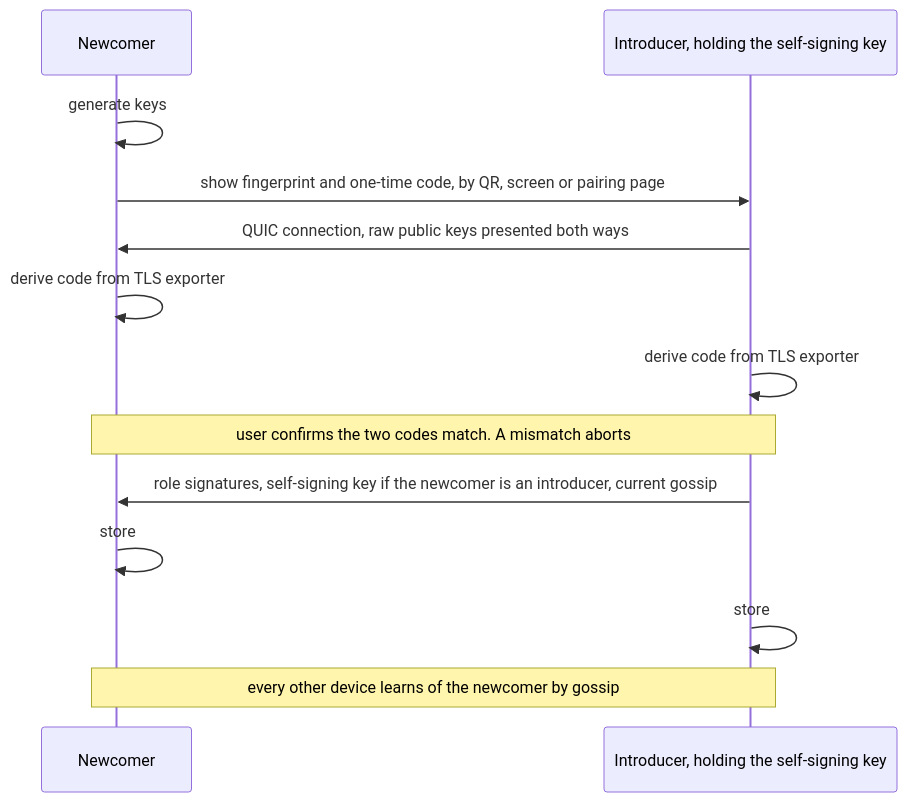
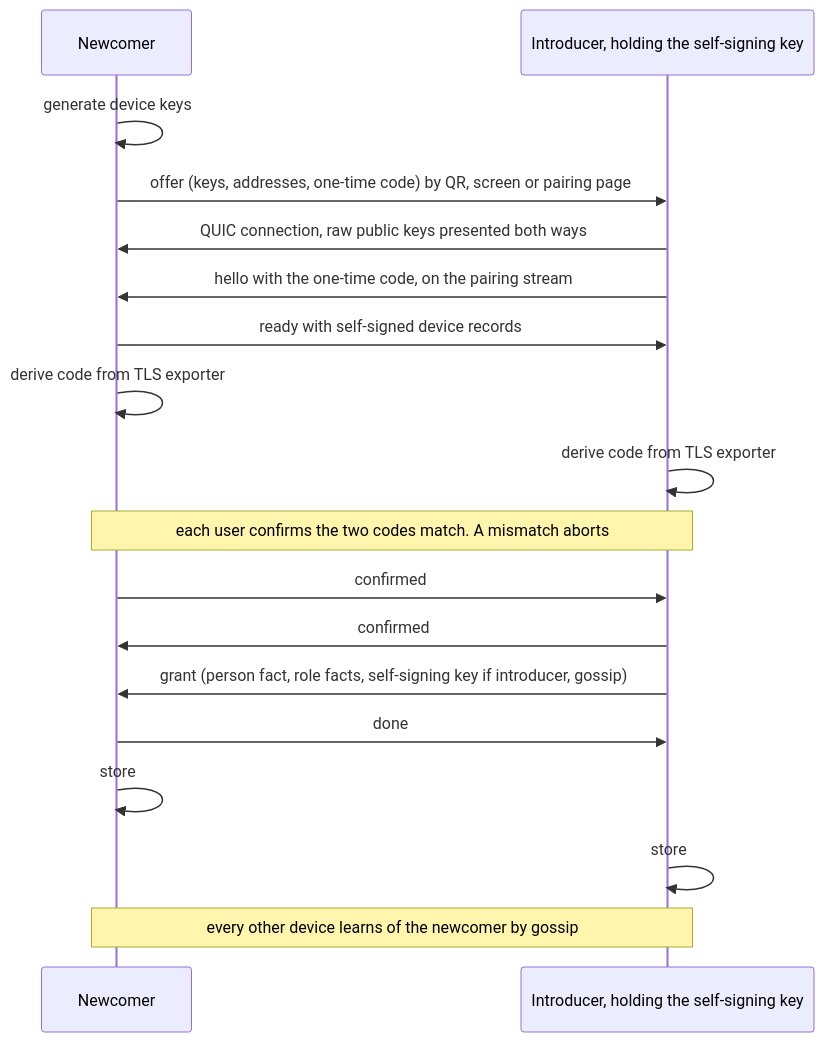
One commit to garth/ligature-protocol changed the first of 2 diagrams in docs/spec/02-device-binding.md. Above: the diagram before and after it, drawn with Mermaid. The commit also changed other lines of this file and 6 other files, not shown here.

````diff
--- a/docs/spec/02-device-binding.md
+++ b/docs/spec/02-device-binding.md
@@ -61,15 +74,20 @@
 ```mermaid
 sequenceDiagram
     participant N as Newcomer
     participant I as Introducer, holding the self-signing key
-    N->>N: generate keys
-    N->>I: show fingerprint and one-time code, by QR, screen or pairing page
+    N->>N: generate device keys
+    N->>I: offer (keys, addresses, one-time code) by QR, screen or pairing page
     I->>N: QUIC connection, raw public keys presented both ways
+    I->>N: hello with the one-time code, on the pairing stream
+    N->>I: ready with self-signed device records
     N->>N: derive code from TLS exporter
     I->>I: derive code from TLS exporter
-    Note over N,I: user confirms the two codes match. A mismatch aborts
-    I->>N: role signatures, self-signing key if the newcomer is an introducer, current gossip
+    Note over N,I: each user confirms the two codes match. A mismatch aborts
+    N->>I: confirmed
+    I->>N: confirmed
+    I->>N: grant (person fact, role facts, self-signing key if introducer, gossip)
+    N->>I: done
     N->>N: store
     I->>I: store
     Note over N,I: every other device learns of the newcomer by gossip
 ```
````
